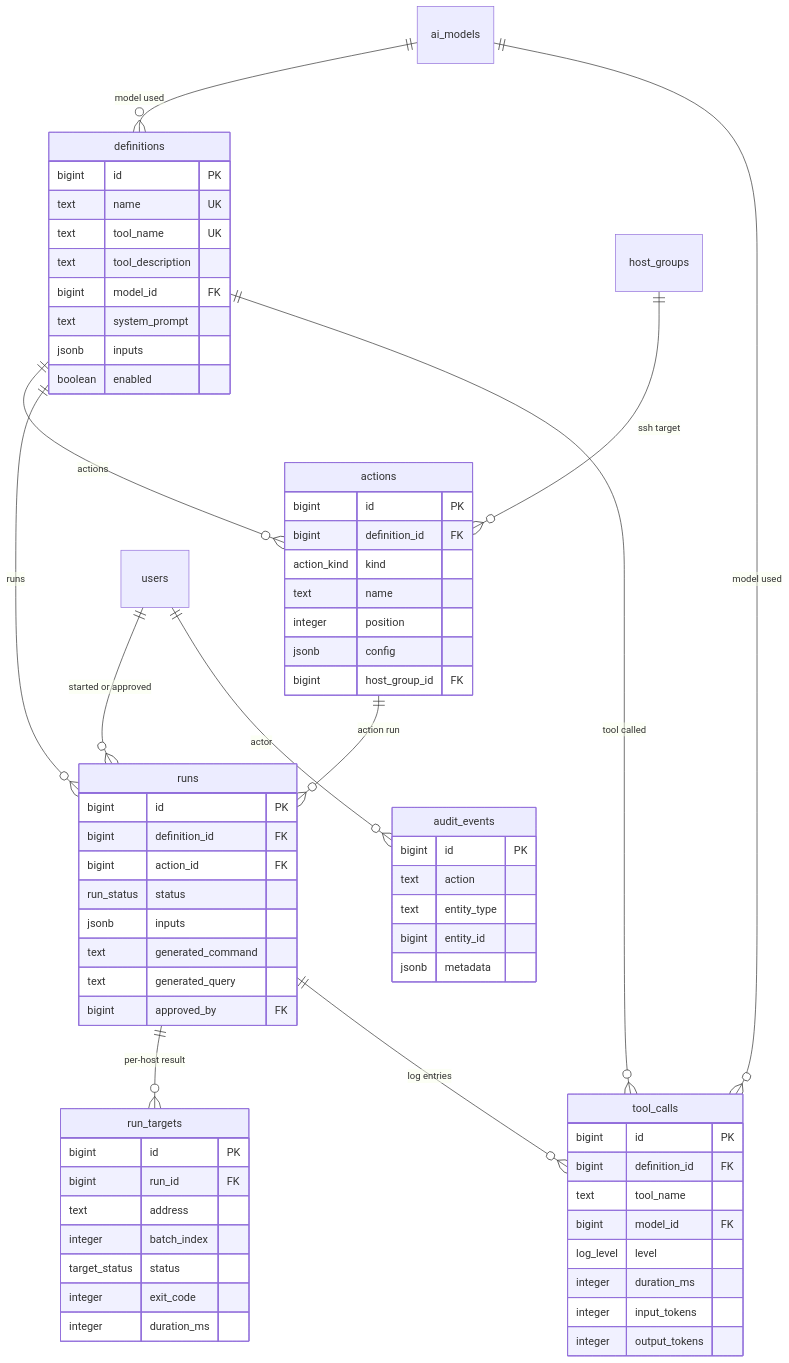
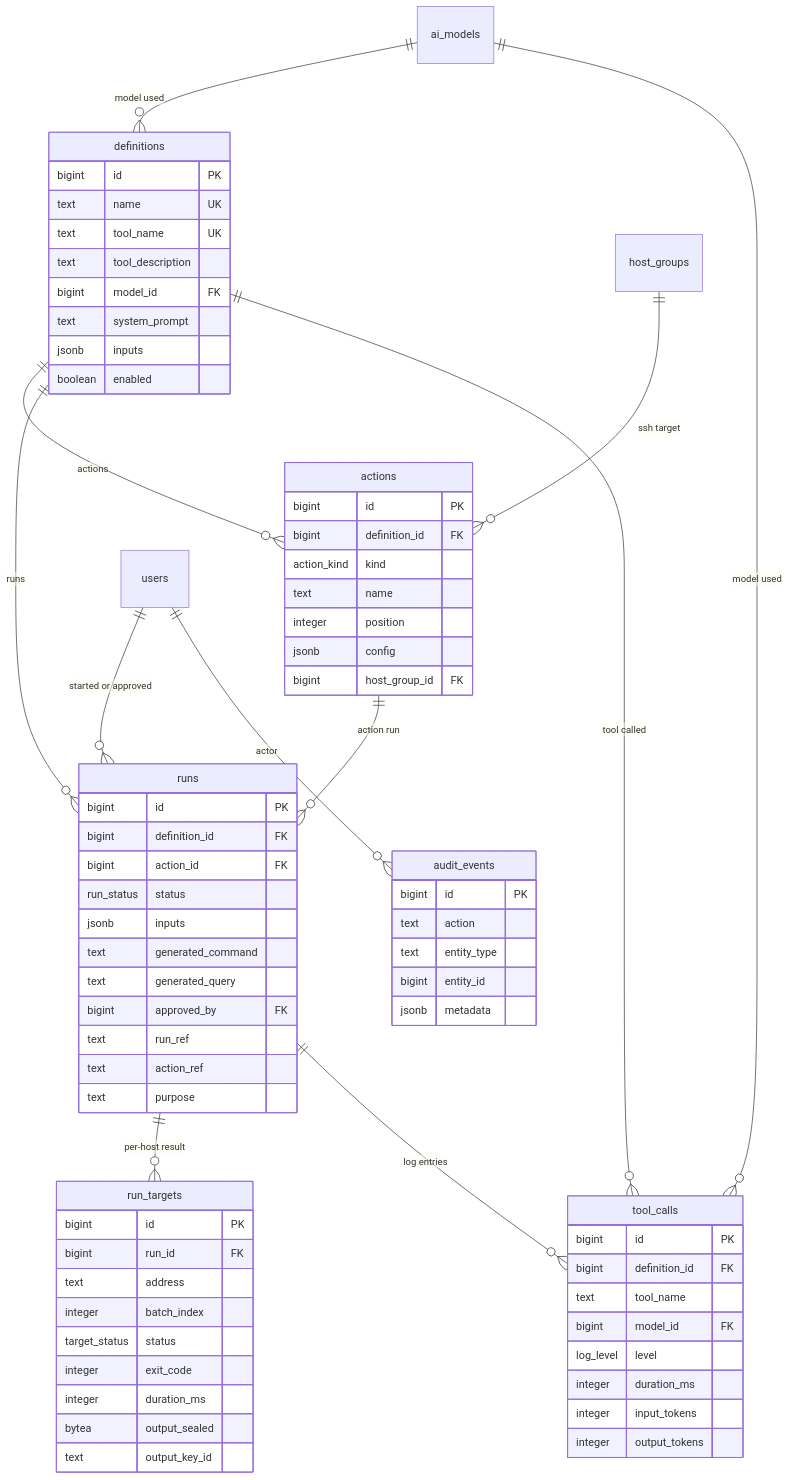
Before and after one commit to ufukpalavar52/mcp-gateway: the second of 3 diagrams in docs/DATABASE.md, drawn with Mermaid. The commit also changed other lines of this file, not shown here.

````diff
--- a/docs/DATABASE.md
+++ b/docs/DATABASE.md
@@ -164,70 +161,75 @@
 ```mermaid
 erDiagram
     ai_models ||--o{ definitions : "model used"
     definitions ||--o{ actions : "actions"
     host_groups ||--o{ actions : "ssh target"
     definitions ||--o{ runs : "runs"
     actions ||--o{ runs : "action run"
     users ||--o{ runs : "started or approved"
     runs ||--o{ run_targets : "per-host result"
     definitions ||--o{ tool_calls : "tool called"
     ai_models ||--o{ tool_calls : "model used"
     runs ||--o{ tool_calls : "log entries"
     users ||--o{ audit_events : "actor"
 
     definitions {
         bigint id PK
         text name UK
         text tool_name UK
         text tool_description
         bigint model_id FK
         text system_prompt
         jsonb inputs
         boolean enabled
     }
     actions {
         bigint id PK
         bigint definition_id FK
         action_kind kind
         text name
         integer position
         jsonb config
         bigint host_group_id FK
     }
     runs {
         bigint id PK
         bigint definition_id FK
         bigint action_id FK
         run_status status
         jsonb inputs
         text generated_command
         text generated_query
         bigint approved_by FK
+        text run_ref
+        text action_ref
+        text purpose
     }
     run_targets {
         bigint id PK
         bigint run_id FK
         text address
         integer batch_index
         target_status status
         integer exit_code
         integer duration_ms
+        bytea output_sealed
+        text output_key_id
     }
     tool_calls {
         bigint id PK
         bigint definition_id FK
         text tool_name
         bigint model_id FK
         log_level level
         integer duration_ms
         integer input_tokens
         integer output_tokens
     }
     audit_events {
         bigint id PK
         text action
         text entity_type
         bigint entity_id
         jsonb metadata
     }
 ```
````
